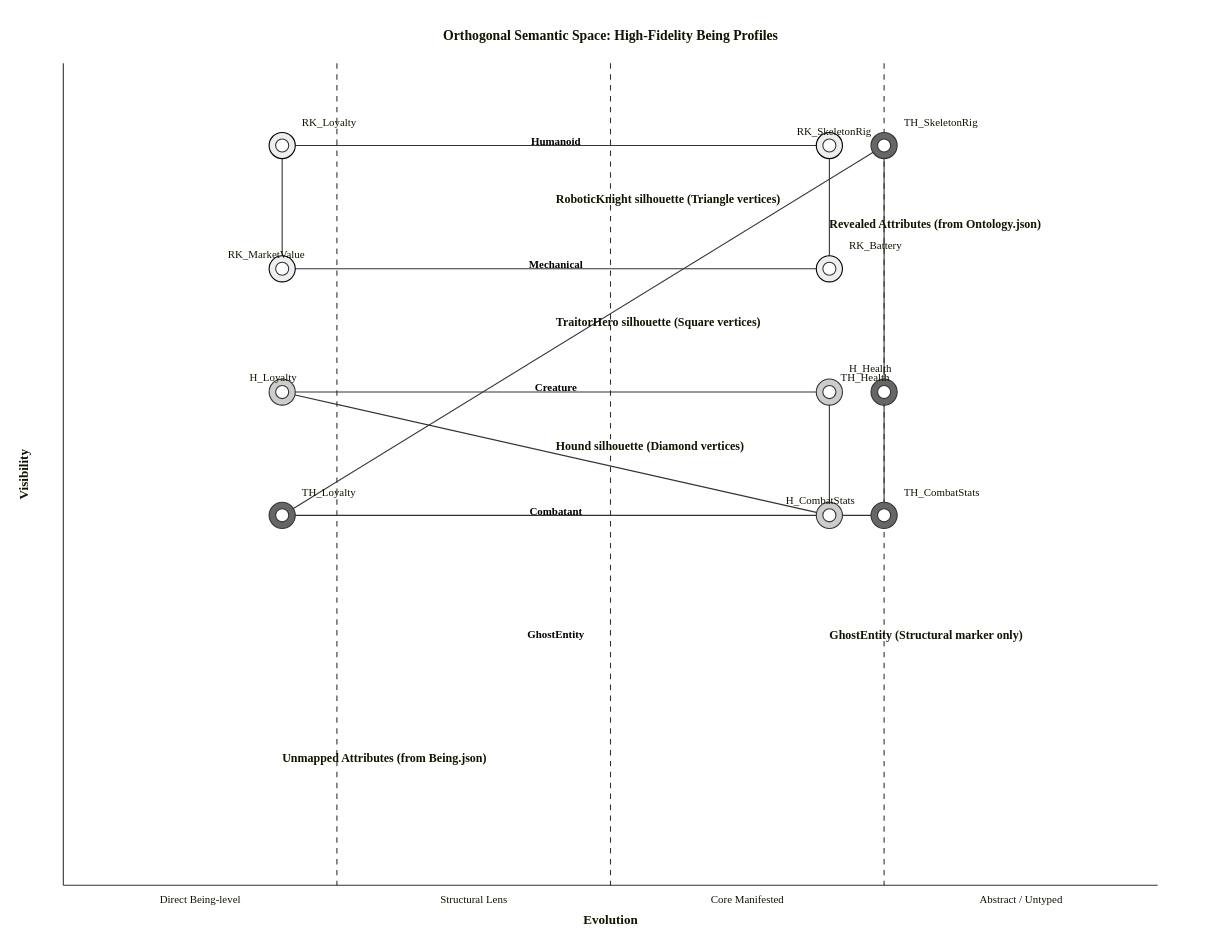
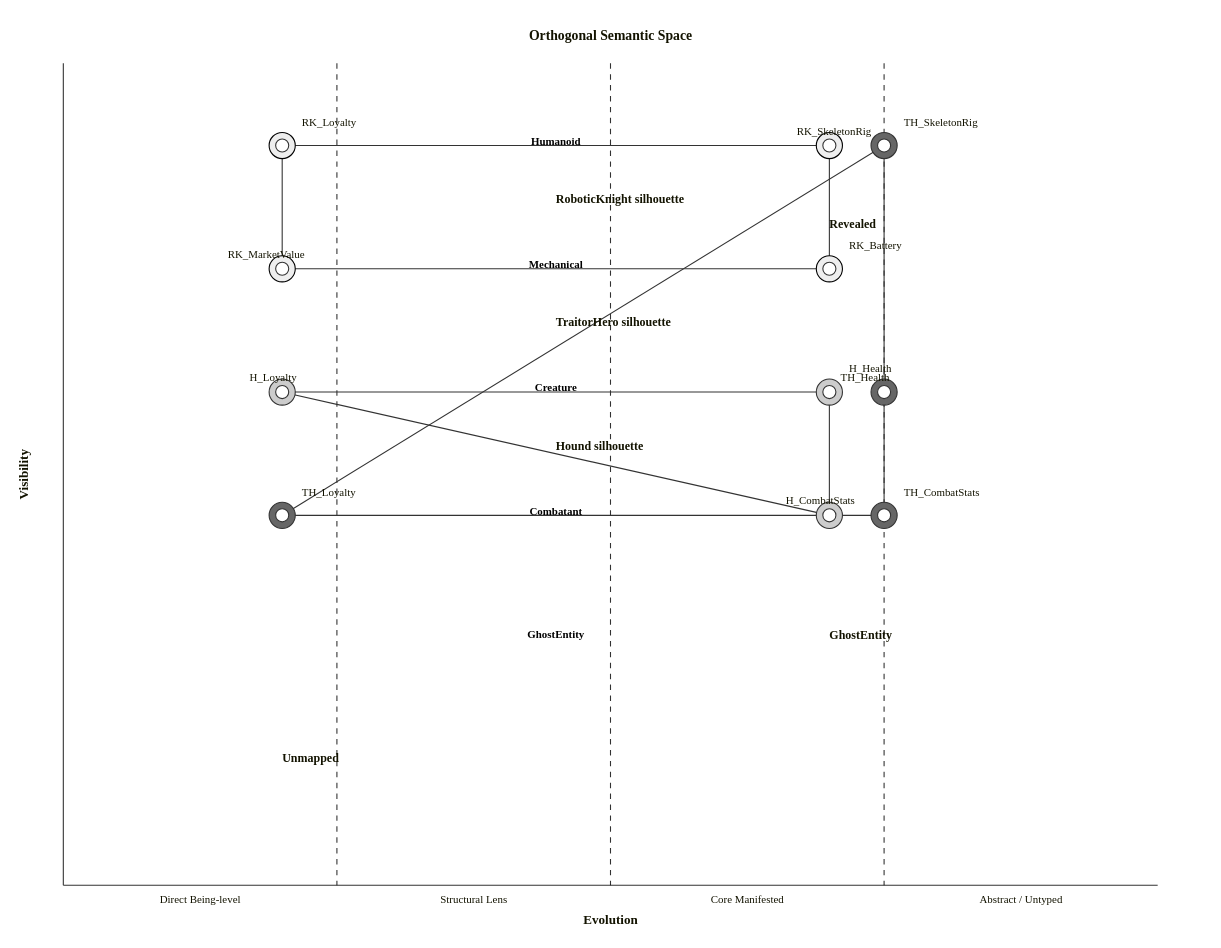
One commit to fm39hz/DataCatalyst changed the third of 5 diagrams in README.md. Above: the diagram before and after it, drawn with Mermaid.

Commit message:
docs(readme): remove unecessary explain

````diff
--- a/README.md
+++ b/README.md
@@ -66,48 +66,48 @@
 ```mermaid
 wardley-beta
-title Orthogonal Semantic Space: High-Fidelity Being Profiles
+title Orthogonal Semantic Space
 size [1100, 850]
 
 evolution "Direct Being-level" -> "Structural Lens" -> "Core Manifested" -> "Abstract / Untyped"
 
 anchor Humanoid [0.90, 0.45]
 anchor Mechanical [0.75, 0.45]
 anchor Creature [0.60, 0.45]
 anchor Combatant [0.45, 0.45]
 anchor GhostEntity [0.30, 0.45]
 
 component RK_SkeletonRig [0.90, 0.70] label [-30, -10] (build)
 component RK_Battery [0.75, 0.70] (build)
 component RK_MarketValue [0.75, 0.20] label [-50, -10] (build)
 component RK_Loyalty [0.90, 0.20] (build)
 
 RK_SkeletonRig -> RK_Battery
 RK_Battery -> RK_MarketValue
 RK_MarketValue -> RK_Loyalty
 RK_Loyalty -> RK_SkeletonRig
 
 component H_Health [0.60, 0.70] (buy)
 component H_CombatStats [0.45, 0.70] label [-40, -10] (buy)
 component H_Loyalty [0.60, 0.20] label [-30, -10] (buy)
 
 H_Health -> H_CombatStats
 H_CombatStats -> H_Loyalty
 H_Loyalty -> H_Health
 
 component TH_SkeletonRig [0.90, 0.75] (outsource)
 component TH_Health [0.60, 0.75] label [-40, -10] (outsource)
 component TH_CombatStats [0.45, 0.75] (outsource)
 component TH_Loyalty [0.45, 0.20] (outsource)
 
 TH_SkeletonRig -> TH_Health
 TH_Health -> TH_CombatStats
 TH_CombatStats -> TH_Loyalty
 TH_Loyalty -> TH_SkeletonRig
 
-note "Revealed Attributes (from Ontology.json)" [0.80, 0.70]
-note "Unmapped Attributes (from Being.json)" [0.15, 0.20]
-note "RoboticKnight silhouette (Triangle vertices)" [0.83, 0.45]
-note "Hound silhouette (Diamond vertices)" [0.53, 0.45]
-note "TraitorHero silhouette (Square vertices)" [0.68, 0.45]
-note "GhostEntity (Structural marker only)" [0.30, 0.70]
+note "Revealed" [0.80, 0.70]
+note "Unmapped" [0.15, 0.20]
+note "RoboticKnight silhouette" [0.83, 0.45]
+note "Hound silhouette" [0.53, 0.45]
+note "TraitorHero silhouette" [0.68, 0.45]
+note "GhostEntity" [0.30, 0.70]
 ```
````
